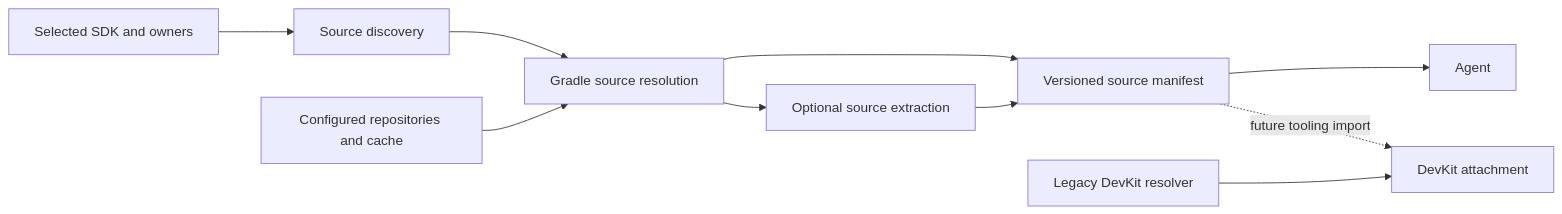
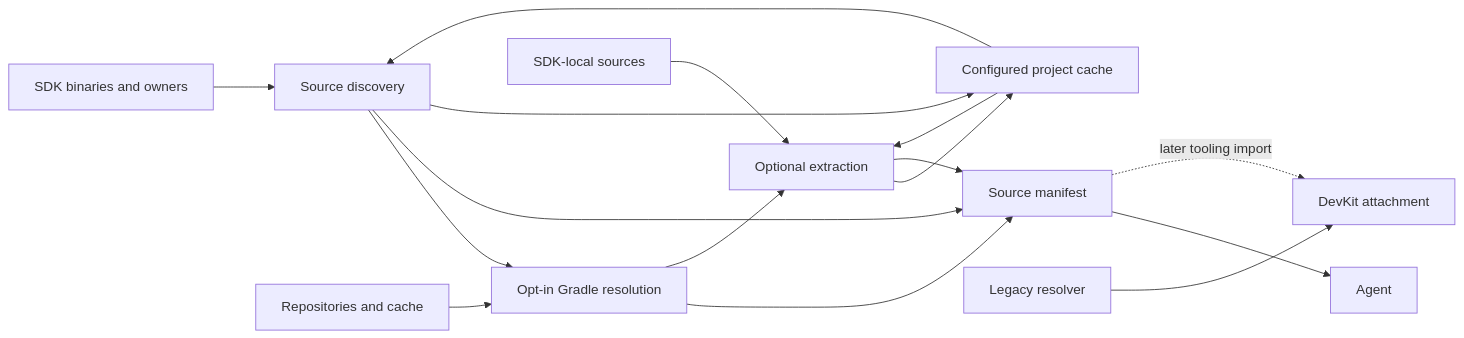
Before and after one commit to JetBrains/intellij-platform-gradle-plugin: the diagram in .junie/plans/headless-intellij-source-resolution.md, drawn with Mermaid. The commit also changed other lines of this file and 22 other files, not shown here.

````diff
--- a/.junie/plans/headless-intellij-source-resolution.md
+++ b/.junie/plans/headless-intellij-source-resolution.md
@@ -90,12 +115,18 @@
 ```mermaid
 graph LR
-  SDK[Selected SDK and owners] --> Discovery[Source discovery]
-  Discovery --> Resolution[Gradle source resolution]
-  Repos[Configured repositories and cache] --> Resolution
-  Resolution --> Manifest[Versioned source manifest]
-  Resolution --> Extraction[Optional source extraction]
+  SDK[SDK binaries and owners] --> Discovery[Source discovery]
+  Discovery --> Resolution[Opt-in Gradle resolution]
+  Repos[Repositories and cache] --> Resolution
+  Discovery --> Manifest[Source manifest]
+  Resolution --> Manifest
+  Resolution --> Extraction[Optional extraction]
+  Local[SDK-local sources] --> Extraction
+  ProjectCache[Configured project cache] --> Discovery
+  Discovery --> ProjectCache
+  ProjectCache --> Extraction
+  Extraction --> ProjectCache
   Extraction --> Manifest
   Manifest --> Agent[Agent]
-  Manifest -. future tooling import .-> DevKit[DevKit attachment]
-  Legacy[Legacy DevKit resolver] --> DevKit
+  Manifest -. later tooling import .-> DevKit[DevKit attachment]
+  Legacy[Legacy resolver] --> DevKit
 ```
````
